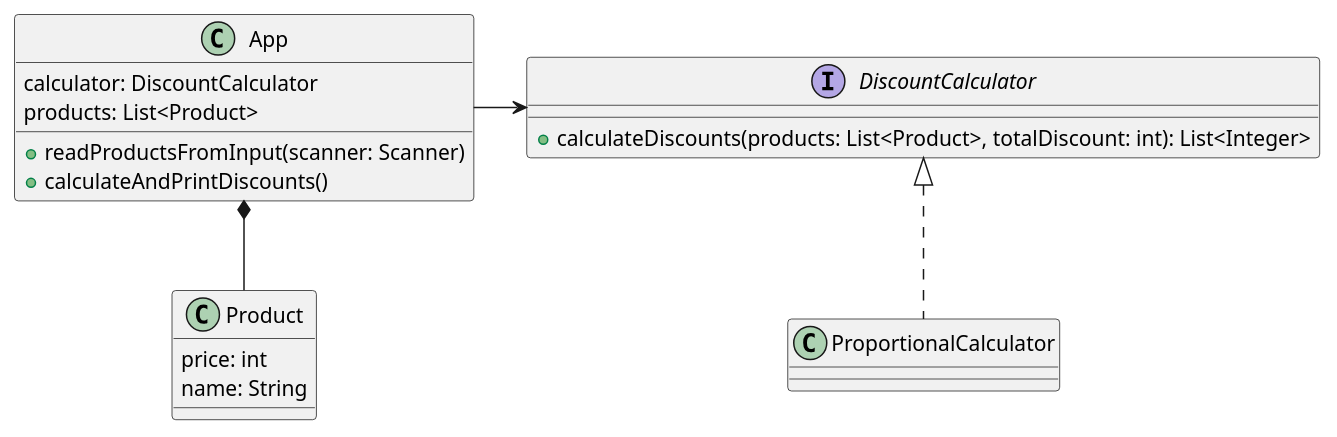
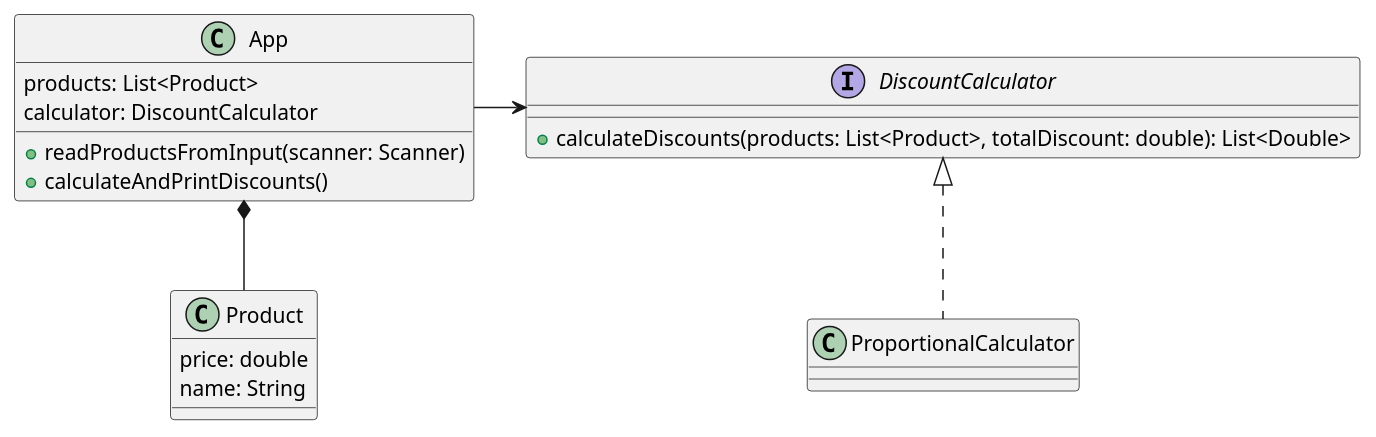
The diagram in class_diagram.puml (kichel98/unity-recruitment), drawn with PlantUML before and after one commit. The commit also changed 10 other files, not shown here.

```diff
--- a/class_diagram.puml
+++ b/class_diagram.puml
@@ -1,25 +1,25 @@
 @startuml
 
 class Product {
-    price: int
+    price: double
     name: String
 }
 
 interface DiscountCalculator {
-    +calculateDiscounts(products: List<Product>, totalDiscount: int): List<Integer>
+    +calculateDiscounts(products: List<Product>, totalDiscount: double): List<Double>
 }
 class App {
+    products: List<Product>
     calculator: DiscountCalculator
-    products: List<Product>
     +readProductsFromInput(scanner: Scanner)
     +calculateAndPrintDiscounts()
 }
 
 class ProportionalCalculator
 
 DiscountCalculator <|.. ProportionalCalculator
 App -> DiscountCalculator
 App *-- Product
 
 
 @enduml
```
